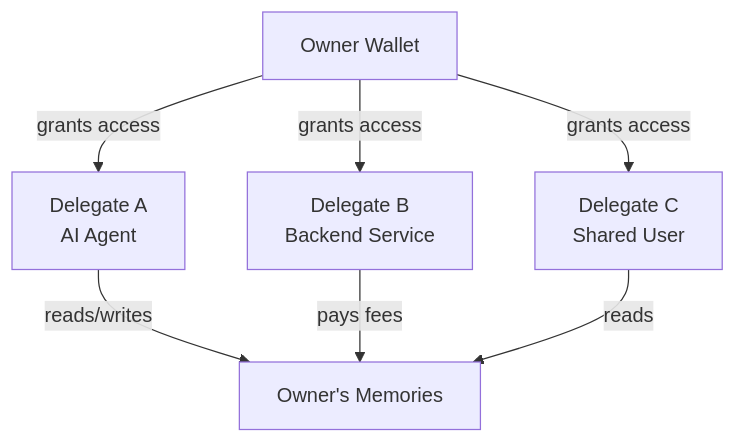
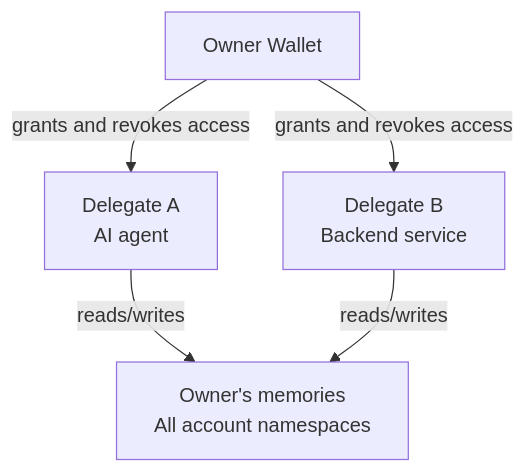
One commit to MystenLabs/MemWal changed the diagram in docs/fundamentals/concepts/ownership-and-access.md. Above: the diagram before and after it, drawn with Mermaid. The commit also changed other lines of this file and 3 other files, not shown here.

````diff
--- a/docs/fundamentals/concepts/ownership-and-access.md
+++ b/docs/fundamentals/concepts/ownership-and-access.md
@@ -68,15 +74,12 @@
 ```mermaid
 flowchart TD
     Owner[Owner Wallet]
-    D1[Delegate A<br/>AI Agent]
-    D2[Delegate B<br/>Backend Service]
-    D3[Delegate C<br/>Shared User]
-    Memory[Owner's Memories]
+    D1[Delegate A<br/>AI agent]
+    D2[Delegate B<br/>Backend service]
+    Memory[Owner's memories<br/>All account namespaces]
 
-    Owner -->|grants access| D1
-    Owner -->|grants access| D2
-    Owner -->|grants access| D3
+    Owner -->|grants and revokes access| D1
+    Owner -->|grants and revokes access| D2
     D1 -->|reads/writes| Memory
-    D2 -->|pays fees| Memory
-    D3 -->|reads| Memory
+    D2 -->|reads/writes| Memory
 ```
````
